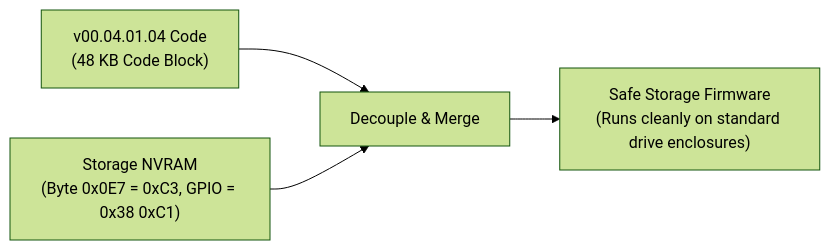
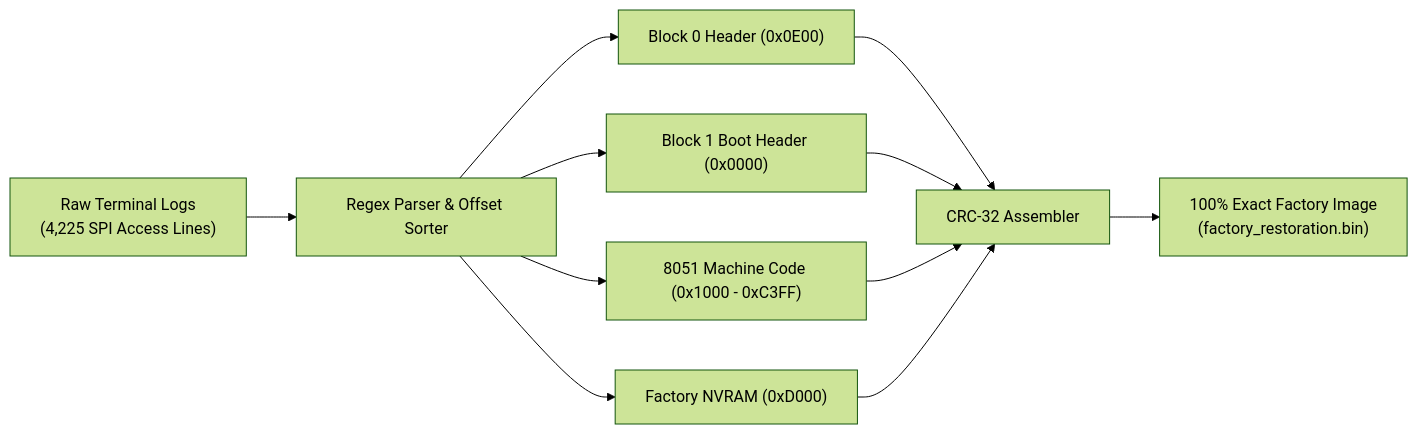
The fifth of 5 diagrams in README.md (khoipm06/jms578-firmware-guide), drawn with Mermaid (forest theme) before and after one commit. The commit also changed other lines of this file and 3 other files, not shown here.

````diff
--- a/README.md
+++ b/README.md
@@ -130,6 +249,10 @@
 ```mermaid
 flowchart LR
-    ODD_BIN["v00.04.01.04 Code<br/>(48 KB Code Block)"] --> MERGE["Decouple & Merge"]
-    SAFE_NVRAM["Storage NVRAM<br/>(Byte 0x0E7 = 0xC3, GPIO = 0x38 0xC1)"] --> MERGE
-    MERGE --> WORKING_BIN["Safe Storage Firmware<br/>(Runs cleanly on standard drive enclosures)"]
+    RawLog["Raw Terminal Logs<br/>(4,225 SPI Access Lines)"] --> Parser["Regex Parser & Offset Sorter"]
+    Parser --> Blk0["Block 0 Header (0x0E00)"]
+    Parser --> Blk1["Block 1 Boot Header (0x0000)"]
+    Parser --> Code["8051 Machine Code (0x1000 - 0xC3FF)"]
+    Parser --> NVRAM["Factory NVRAM (0xD000)"]
+    Blk0 & Blk1 & Code & NVRAM --> Assembler["CRC-32 Assembler"]
+    Assembler --> RestoredROM["100% Exact Factory Image<br/>(factory_restoration.bin)"]
 ```
````
